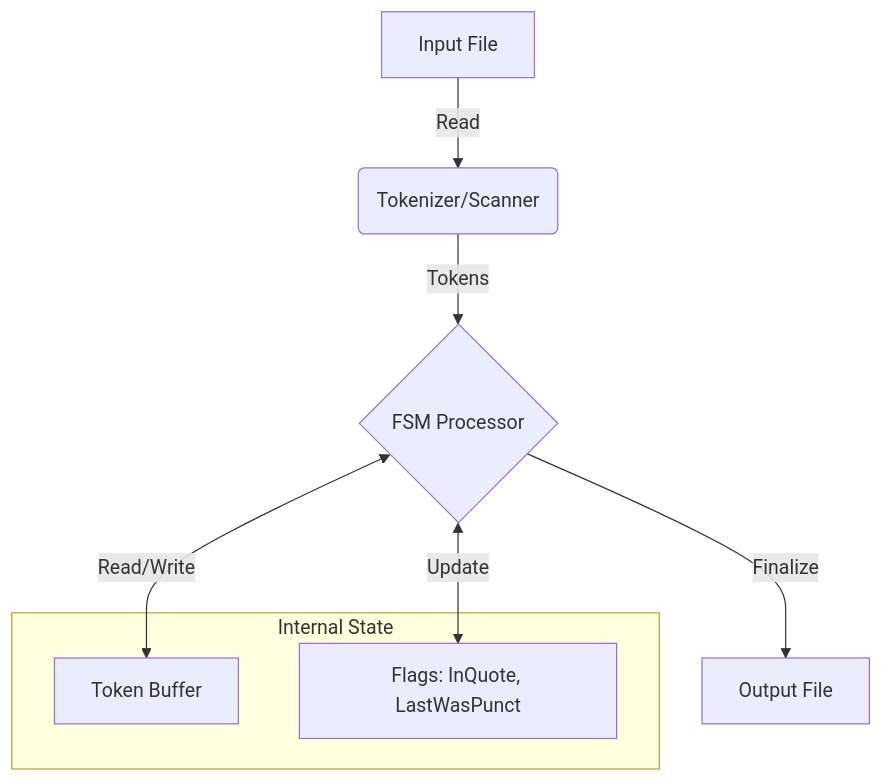
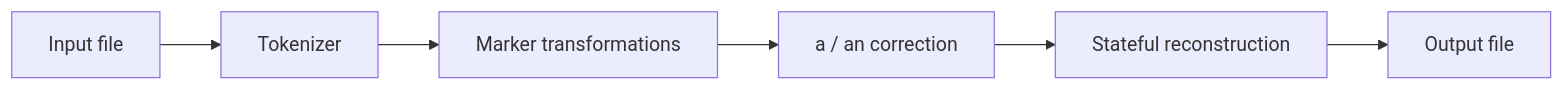
One commit to skamprogiannis/go-reloaded changed the diagram in architecture.md. Above: the diagram before and after it, drawn with Mermaid. The commit also changed other lines of this file and 2 other files, not shown here.

Commit message:
docs: present text processor for portfolio

````diff
--- a/architecture.md
+++ b/architecture.md
@@ -12,15 +7,8 @@
 ```mermaid
-graph TD
-    Input[Input File] -->|Read| Tokenizer(Tokenizer/Scanner)
-    Tokenizer -->|Tokens| FSM{FSM Processor}
-
-    subgraph State [Internal State]
-        Buffer[Token Buffer]
-        Flags[Flags: InQuote, LastWasPunct]
-    end
-
-    FSM <-->|Read/Write| Buffer
-    FSM <-->|Update| Flags
-
-    FSM -->|Finalize| Output[Output File]
+flowchart LR
+    Input[Input file] --> Tokenizer[Tokenizer]
+    Tokenizer --> Markers[Marker transformations]
+    Markers --> Grammar[a / an correction]
+    Grammar --> Rebuild[Stateful reconstruction]
+    Rebuild --> Output[Output file]
 ```
````
